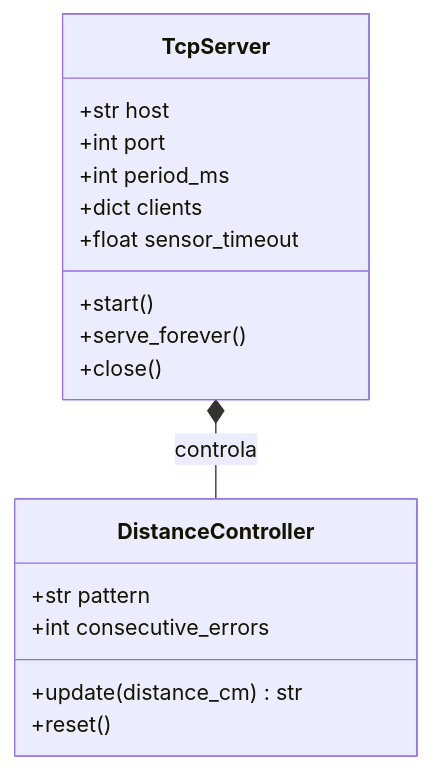
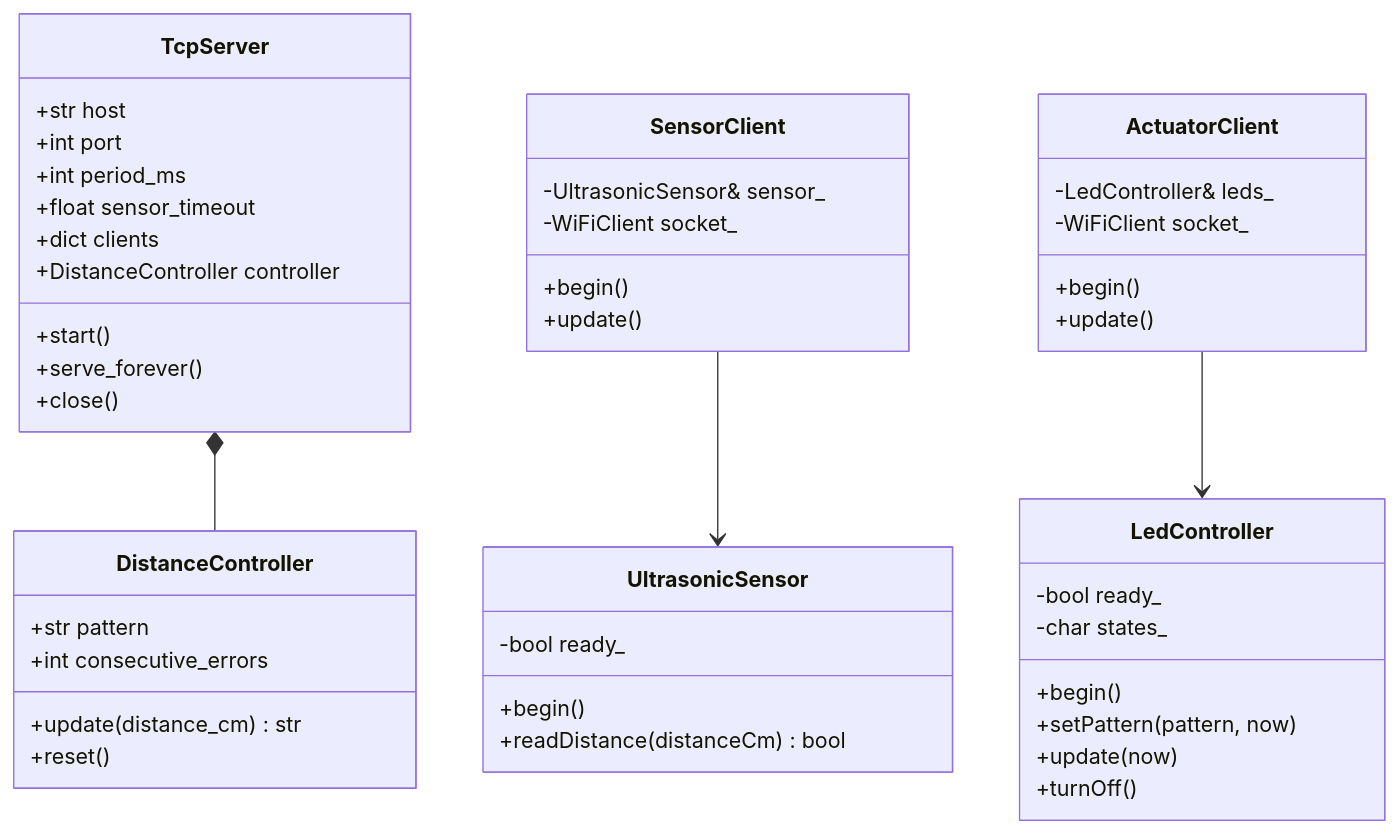
The diagram in docs/classes.md (JoseCorralesAgreda/Proyecto-Practica-2-IOT), drawn with Mermaid before and after one commit. The commit also changed other lines of this file and 10 other files, not shown here.

````diff
--- a/docs/classes.md
+++ b/docs/classes.md
@@ -3,20 +5,48 @@
 ```mermaid
 classDiagram
     class TcpServer {
         +str host
         +int port
         +int period_ms
+        +float sensor_timeout
         +dict clients
-        +float sensor_timeout
+        +DistanceController controller
         +start()
         +serve_forever()
         +close()
     }
     class DistanceController {
         +str pattern
         +int consecutive_errors
         +update(distance_cm) str
         +reset()
     }
-    TcpServer *-- DistanceController : controla
+    class UltrasonicSensor {
+        -bool ready_
+        +begin()
+        +readDistance(distanceCm) bool
+    }
+    class SensorClient {
+        -UltrasonicSensor& sensor_
+        -WiFiClient socket_
+        +begin()
+        +update()
+    }
+    class LedController {
+        -bool ready_
+        -char states_
+        +begin()
+        +setPattern(pattern, now)
+        +update(now)
+        +turnOff()
+    }
+    class ActuatorClient {
+        -LedController& leds_
+        -WiFiClient socket_
+        +begin()
+        +update()
+    }
+    TcpServer *-- DistanceController
+    SensorClient --> UltrasonicSensor
+    ActuatorClient --> LedController
 ```
````
